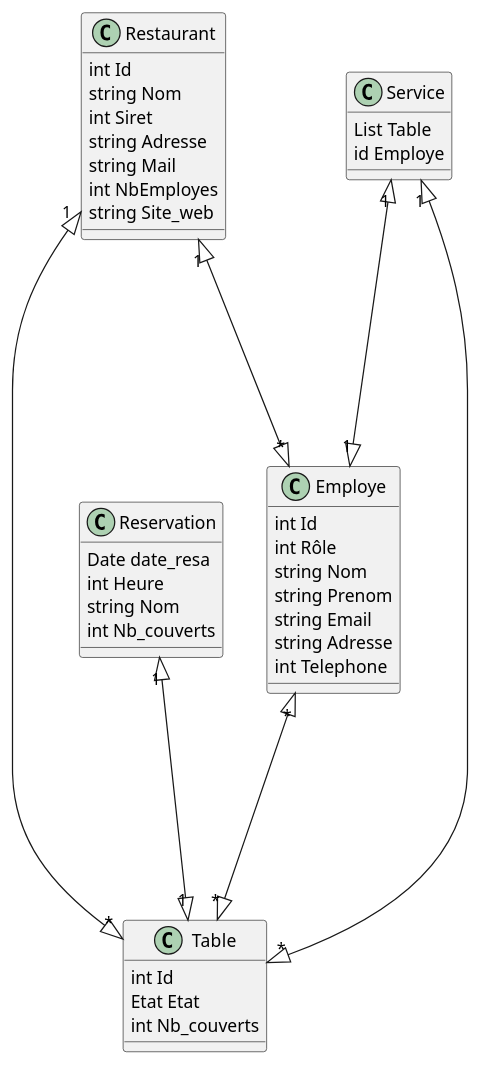
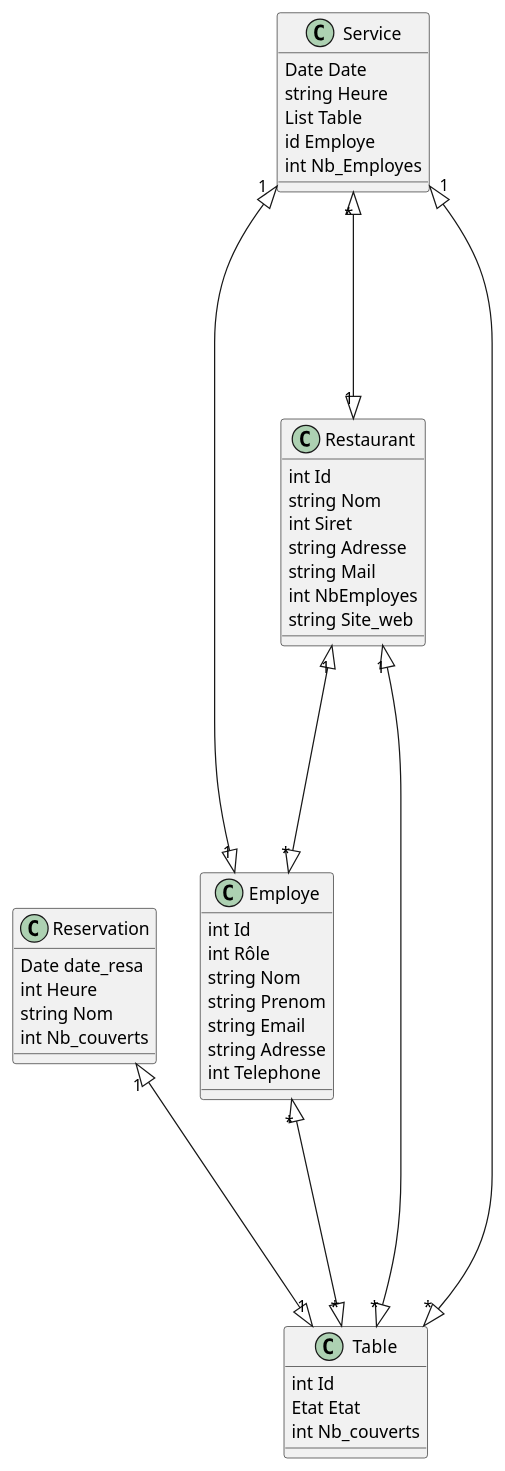
The diagram in Diagramme.puml (GJoanne/FluidService), drawn with PlantUML before and after one commit. The commit also changed 6 other files, not shown here.

```diff
--- a/Diagramme.puml
+++ b/Diagramme.puml
@@ -1,42 +1,46 @@
 @startuml Mediatheque
 class  Restaurant {
     int Id
     string Nom
     int Siret
     string Adresse
     string Mail 
     int NbEmployes
     string Site_web 
 }
 class Employe{
     int Id
     int Rôle 
     string Nom
     string Prenom 
     string Email 
     string Adresse 
     int Telephone
 }
 class Reservation{
     Date date_resa
     int Heure 
     string Nom 
     int Nb_couverts
 }
 class Table {
     int Id 
     Etat Etat 
     int Nb_couverts
 }
 class Service{
+    Date Date
+    string Heure
     List Table
     id Employe
+    int Nb_Employes
 }
 
 Restaurant "1" <|----|> "*" Employe
 Table "*" <|----|> "1" Restaurant
 Employe "*" <|----|> "*" Table
 Reservation "1" <|----|> "1" Table
 Service "1" <|----|> "*" Table
 Service "1" <|----|> "1" Employe
+Service "*" <|----|> "1" Restaurant
 @enduml
```
